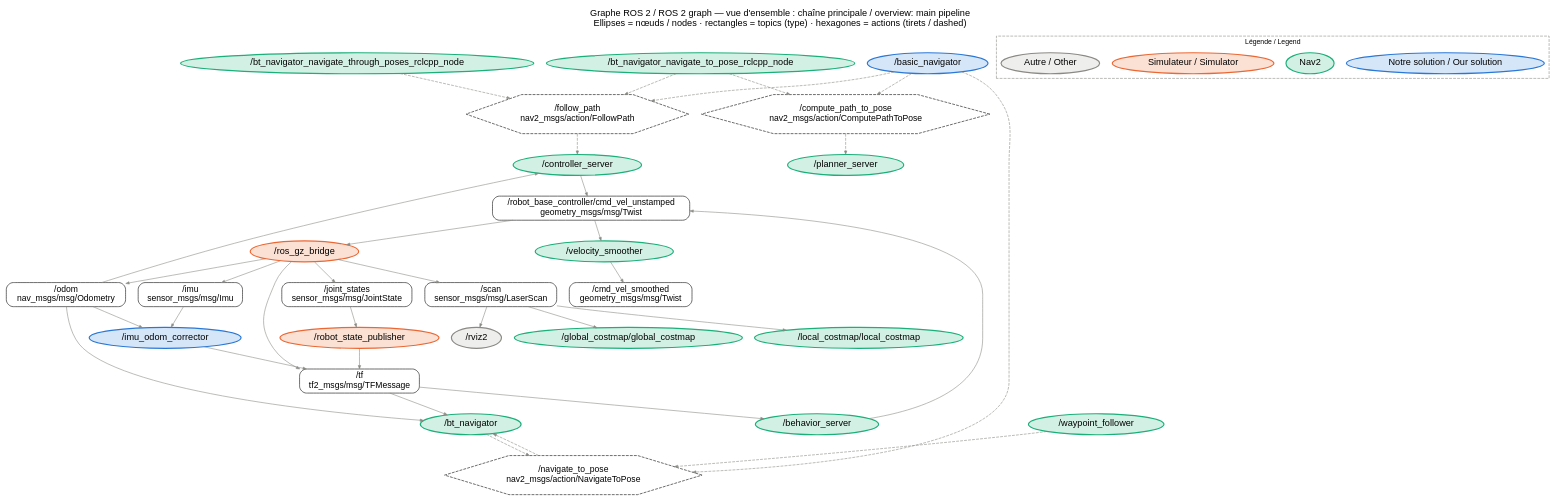
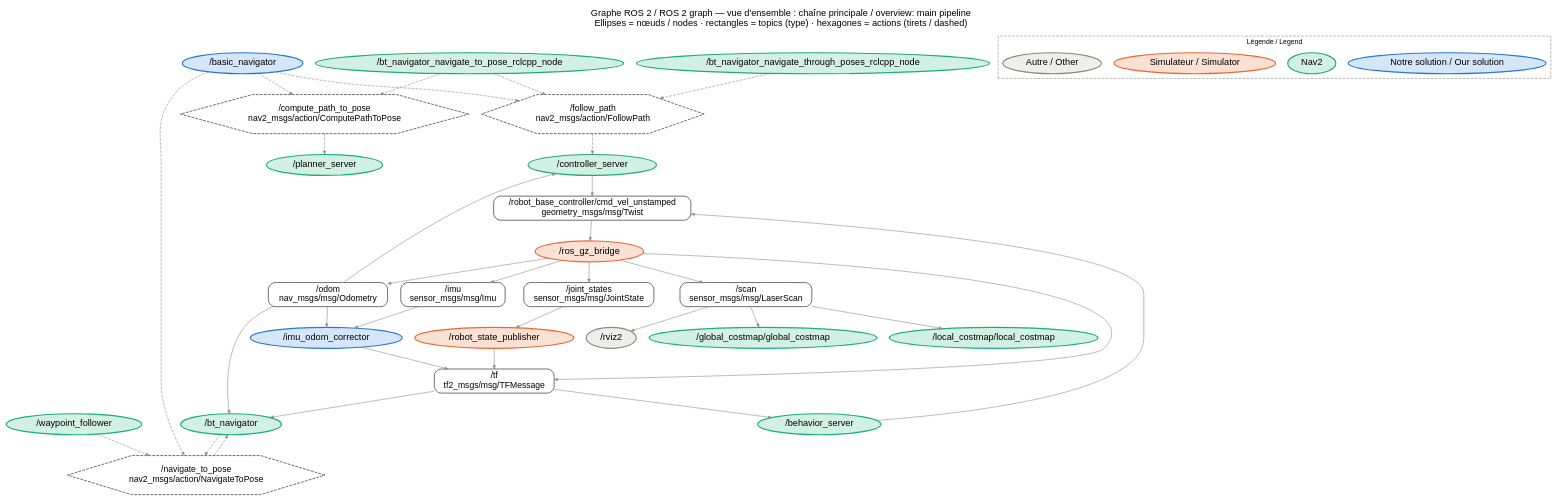
One commit to themasterofarts/PARC2026-Engineers-League changed the diagram in solution/docs/ros_graph_overview.dot. Above: the diagram before and after it, drawn with Graphviz. The commit also changed 17 other files, not shown here.

First line of the commit message:
Work through the open items: drop velocity_smoother, add opt-in camera mode

```diff
--- a/solution/docs/ros_graph_overview.dot
+++ b/solution/docs/ros_graph_overview.dot
@@ -1,80 +1,75 @@
 digraph ros_graph {
   rankdir=TB; splines=true; nodesep=0.3; ranksep=0.5;
   node [fontname="Helvetica", fontsize=16]; edge [color="#8a8984", arrowsize=0.6];
   labelloc=t; fontname="Helvetica"; fontsize=16;
   label="Graphe ROS 2 / ROS 2 graph — vue d'ensemble : chaîne principale / overview: main pipeline\nEllipses = nœuds / nodes · rectangles = topics (type) · hexagones = actions (tirets / dashed)";
   "/basic_navigator" [shape=ellipse, style=filled, fillcolor="#d6e6f9", color="#2a78d6", penwidth=2];
   "/behavior_server" [shape=ellipse, style=filled, fillcolor="#d3f0e4", color="#1baf7a", penwidth=2];
   "/bt_navigator" [shape=ellipse, style=filled, fillcolor="#d3f0e4", color="#1baf7a", penwidth=2];
   "/bt_navigator_navigate_through_poses_rclcpp_node" [shape=ellipse, style=filled, fillcolor="#d3f0e4", color="#1baf7a", penwidth=2];
   "/bt_navigator_navigate_to_pose_rclcpp_node" [shape=ellipse, style=filled, fillcolor="#d3f0e4", color="#1baf7a", penwidth=2];
   "/controller_server" [shape=ellipse, style=filled, fillcolor="#d3f0e4", color="#1baf7a", penwidth=2];
   "/global_costmap/global_costmap" [shape=ellipse, style=filled, fillcolor="#d3f0e4", color="#1baf7a", penwidth=2];
   "/imu_odom_corrector" [shape=ellipse, style=filled, fillcolor="#d6e6f9", color="#2a78d6", penwidth=2];
   "/local_costmap/local_costmap" [shape=ellipse, style=filled, fillcolor="#d3f0e4", color="#1baf7a", penwidth=2];
   "/planner_server" [shape=ellipse, style=filled, fillcolor="#d3f0e4", color="#1baf7a", penwidth=2];
   "/robot_state_publisher" [shape=ellipse, style=filled, fillcolor="#fbe0d4", color="#eb6834", penwidth=2];
   "/ros_gz_bridge" [shape=ellipse, style=filled, fillcolor="#fbe0d4", color="#eb6834", penwidth=2];
   "/rviz2" [shape=ellipse, style=filled, fillcolor="#eeeeec", color="#8a8984", penwidth=2];
-  "/velocity_smoother" [shape=ellipse, style=filled, fillcolor="#d3f0e4", color="#1baf7a", penwidth=2];
   "/waypoint_follower" [shape=ellipse, style=filled, fillcolor="#d3f0e4", color="#1baf7a", penwidth=2];
-  "/cmd_vel_smoothed" [shape=box, style=rounded, fontsize=15, label="/cmd_vel_smoothed
-geometry_msgs/msg/Twist"];
   "/imu" [shape=box, style=rounded, fontsize=15, label="/imu
 sensor_msgs/msg/Imu"];
   "/joint_states" [shape=box, style=rounded, fontsize=15, label="/joint_states
 sensor_msgs/msg/JointState"];
   "/odom" [shape=box, style=rounded, fontsize=15, label="/odom
 nav_msgs/msg/Odometry"];
   "/robot_base_controller/cmd_vel_unstamped" [shape=box, style=rounded, fontsize=15, label="/robot_base_controller/cmd_vel_unstamped
 geometry_msgs/msg/Twist"];
   "/scan" [shape=box, style=rounded, fontsize=15, label="/scan
 sensor_msgs/msg/LaserScan"];
   "/tf" [shape=box, style=rounded, fontsize=15, label="/tf
 tf2_msgs/msg/TFMessage"];
   "action:/compute_path_to_pose" [shape=hexagon, style=dashed, fontsize=15, label="/compute_path_to_pose
 nav2_msgs/action/ComputePathToPose"];
   "action:/follow_path" [shape=hexagon, style=dashed, fontsize=15, label="/follow_path
 nav2_msgs/action/FollowPath"];
   "action:/navigate_to_pose" [shape=hexagon, style=dashed, fontsize=15, label="/navigate_to_pose
 nav2_msgs/action/NavigateToPose"];
-  "/velocity_smoother" -> "/cmd_vel_smoothed";
   "/ros_gz_bridge" -> "/imu";
   "/imu" -> "/imu_odom_corrector";
   "/ros_gz_bridge" -> "/joint_states";
   "/joint_states" -> "/robot_state_publisher";
   "/ros_gz_bridge" -> "/odom";
   "/odom" -> "/imu_odom_corrector";
   "/odom" -> "/controller_server";
   "/odom" -> "/bt_navigator";
+  "/controller_server" -> "/robot_base_controller/cmd_vel_unstamped";
   "/behavior_server" -> "/robot_base_controller/cmd_vel_unstamped";
-  "/controller_server" -> "/robot_base_controller/cmd_vel_unstamped";
-  "/robot_base_controller/cmd_vel_unstamped" -> "/velocity_smoother";
   "/robot_base_controller/cmd_vel_unstamped" -> "/ros_gz_bridge";
   "/ros_gz_bridge" -> "/scan";
   "/scan" -> "/rviz2";
+  "/scan" -> "/local_costmap/local_costmap";
   "/scan" -> "/global_costmap/global_costmap";
-  "/scan" -> "/local_costmap/local_costmap";
   "/imu_odom_corrector" -> "/tf";
+  "/ros_gz_bridge" -> "/tf";
   "/robot_state_publisher" -> "/tf";
-  "/ros_gz_bridge" -> "/tf";
   "/tf" -> "/behavior_server";
   "/tf" -> "/bt_navigator";
   "/bt_navigator_navigate_to_pose_rclcpp_node" -> "action:/compute_path_to_pose" [style=dashed];
   "/basic_navigator" -> "action:/compute_path_to_pose" [style=dashed];
   "action:/compute_path_to_pose" -> "/planner_server" [style=dashed];
   "/bt_navigator_navigate_to_pose_rclcpp_node" -> "action:/follow_path" [style=dashed];
   "/bt_navigator_navigate_through_poses_rclcpp_node" -> "action:/follow_path" [style=dashed];
   "/basic_navigator" -> "action:/follow_path" [style=dashed];
   "action:/follow_path" -> "/controller_server" [style=dashed];
   "/waypoint_follower" -> "action:/navigate_to_pose" [style=dashed];
   "/bt_navigator" -> "action:/navigate_to_pose" [style=dashed];
   "/basic_navigator" -> "action:/navigate_to_pose" [style=dashed];
   "action:/navigate_to_pose" -> "/bt_navigator" [style=dashed];
   subgraph cluster_legend { label="Légende / Legend"; fontsize=12; style=dashed; color="#8a8984";
     legend0 [label="Notre solution / Our solution", shape=ellipse, style=filled, fillcolor="#d6e6f9", color="#2a78d6", penwidth=2];
     legend1 [label="Nav2", shape=ellipse, style=filled, fillcolor="#d3f0e4", color="#1baf7a", penwidth=2];
     legend2 [label="Simulateur / Simulator", shape=ellipse, style=filled, fillcolor="#fbe0d4", color="#eb6834", penwidth=2];
     legend3 [label="Autre / Other", shape=ellipse, style=filled, fillcolor="#eeeeec", color="#8a8984", penwidth=2];
   }
 }
```
